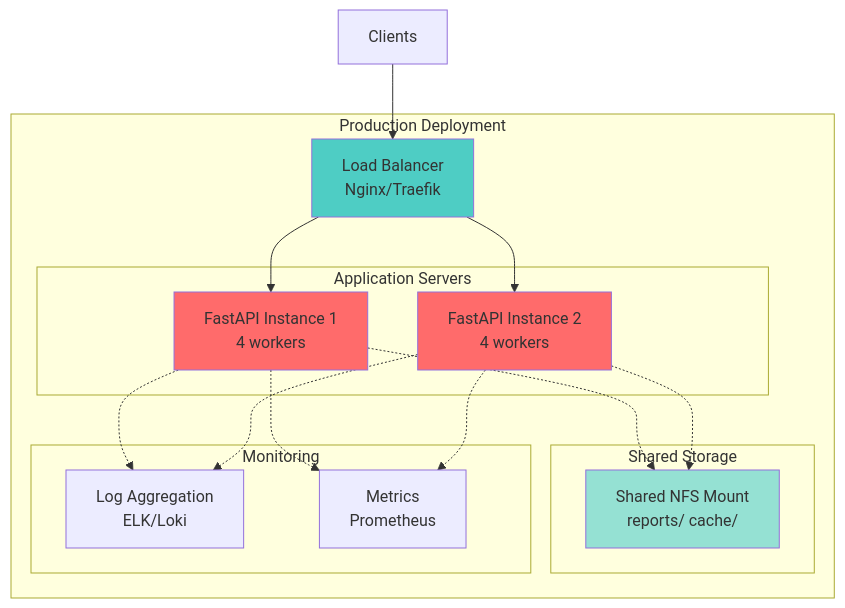
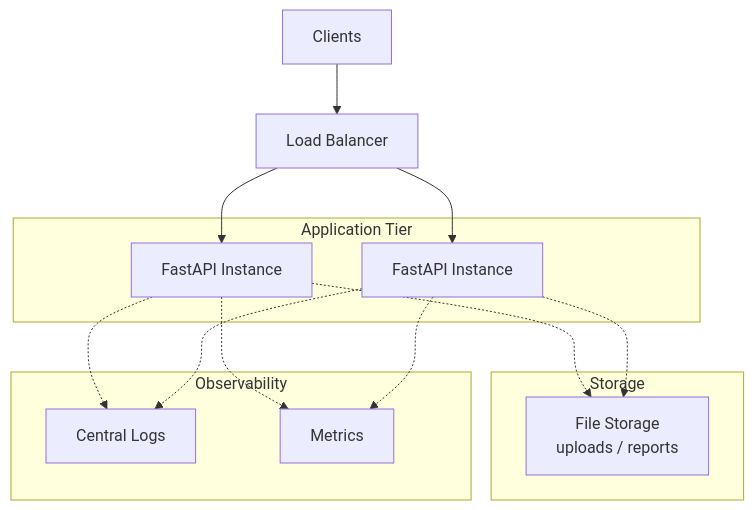
One commit to satyaki-mitra/ImageForensics-AI changed the ninth of 9 diagrams in docs/ARCHITECTURE.md. Above: the diagram before and after it, drawn with Mermaid. The commit also changed other lines of this file and 4 other files, not shown here.

````diff
--- a/docs/ARCHITECTURE.md
+++ b/docs/ARCHITECTURE.md
@@ -467,38 +471,30 @@
 ```mermaid
 graph TB
-    subgraph "Production Deployment"
-        LB[Load Balancer<br/>Nginx/Traefik]
-        
-        subgraph "Application Servers"
-            APP1[FastAPI Instance 1<br/>4 workers]
-            APP2[FastAPI Instance 2<br/>4 workers]
-        end
-        
-        subgraph "Shared Storage"
-            NFS[Shared NFS Mount<br/>reports/ cache/]
-        end
-        
-        subgraph "Monitoring"
-            LOGS[Log Aggregation<br/>ELK/Loki]
-            METRICS[Metrics<br/>Prometheus]
-        end
+    CLIENT[Clients] --> LB[Load Balancer]
+    
+    subgraph "Application Tier"
+        APP1[FastAPI Instance]
+        APP2[FastAPI Instance]
     end
     
-    CLIENT[Clients] --> LB
+    subgraph "Storage"
+        FS[File Storage<br/>uploads / reports]
+    end
+    
+    subgraph "Observability"
+        LOGS[Central Logs]
+        METRICS[Metrics]
+    end
+    
     LB --> APP1
     LB --> APP2
     
-    APP1 -.-> NFS
-    APP2 -.-> NFS
+    APP1 -.-> FS
+    APP2 -.-> FS
     
     APP1 -.-> LOGS
     APP2 -.-> LOGS
     
     APP1 -.-> METRICS
     APP2 -.-> METRICS
-    
-    style LB fill:#4ecdc4
-    style APP1 fill:#ff6b6b
-    style APP2 fill:#ff6b6b
-    style NFS fill:#95e1d3
 ```
````
